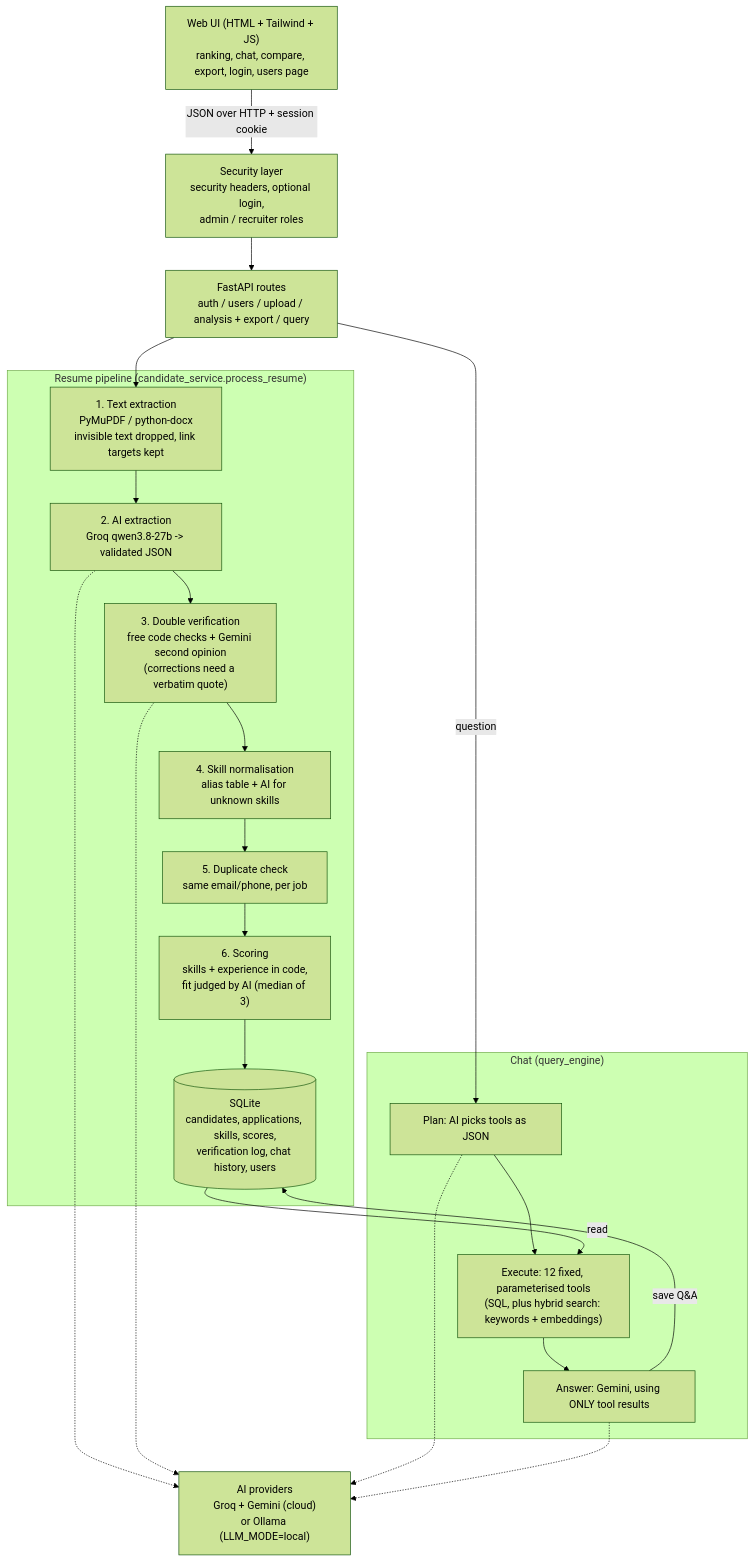
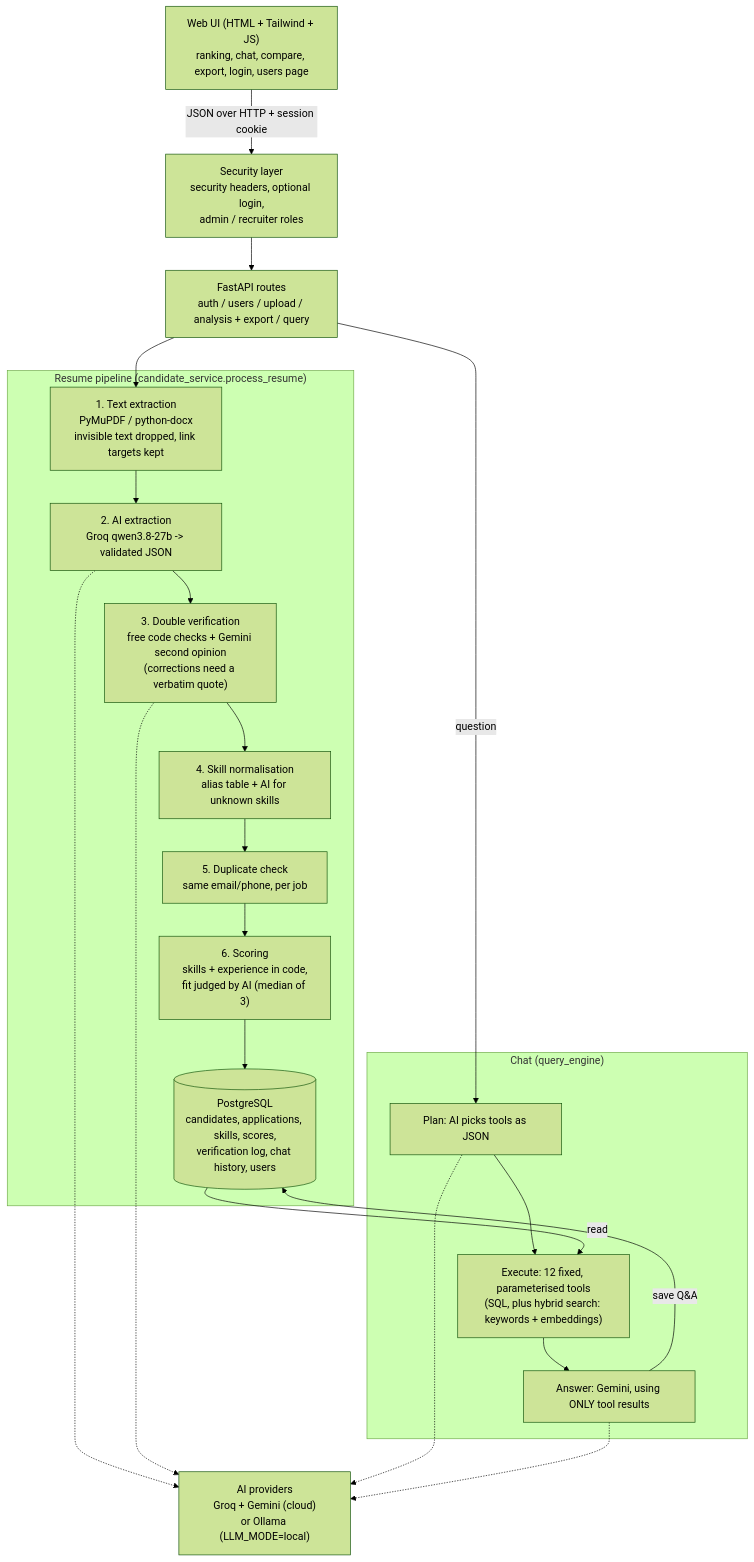
One commit to Malianurag07/Ai-Powered-Recruitment-Assistant changed the diagram in README.md. Above: the diagram before and after it, drawn with Mermaid (forest theme). The commit also changed other lines of this file and 47 other files, not shown here.

````diff
--- a/README.md
+++ b/README.md
@@ -55,30 +55,30 @@
 ```mermaid
 flowchart TD
     UI["Web UI (HTML + Tailwind + JS)<br/>ranking, chat, compare, export, login, users page"] -->|JSON over HTTP + session cookie| SEC["Security layer<br/>security headers, optional login,<br/>admin / recruiter roles"]
     SEC --> API["FastAPI routes<br/>auth / users / upload / analysis + export / query"]
     API --> P1
     API -->|question| C1
 
     subgraph Pipeline["Resume pipeline (candidate_service.process_resume)"]
         P1["1. Text extraction<br/>PyMuPDF / python-docx<br/>invisible text dropped, link targets kept"] --> P2["2. AI extraction<br/>Groq qwen3.8-27b -> validated JSON"]
         P2 --> P3["3. Double verification<br/>free code checks + Gemini second opinion<br/>(corrections need a verbatim quote)"]
         P3 --> P4["4. Skill normalisation<br/>alias table + AI for unknown skills"]
         P4 --> P5["5. Duplicate check<br/>same email/phone, per job"]
         P5 --> P6["6. Scoring<br/>skills + experience in code,<br/>fit judged by AI (median of 3)"]
-        P6 --> P7[("SQLite<br/>candidates, applications, skills, scores,<br/>verification log, chat history, users")]
+        P6 --> P7[("PostgreSQL<br/>candidates, applications, skills, scores,<br/>verification log, chat history, users")]
     end
 
     subgraph ChatFlow["Chat (query_engine)"]
         C1["Plan: AI picks tools as JSON"] --> C2["Execute: 12 fixed, parameterised tools<br/>(SQL, plus hybrid search: keywords + embeddings)"]
         C2 --> C3["Answer: Gemini, using ONLY tool results"]
     end
 
     P7 -->|read| C2
     C3 -->|save Q&amp;A| P7
 
     LLM["AI providers<br/>Groq + Gemini (cloud)<br/>or Ollama (LLM_MODE=local)"]
     P2 -.-> LLM
     P3 -.-> LLM
     C1 -.-> LLM
     C3 -.-> LLM
 ```
````
